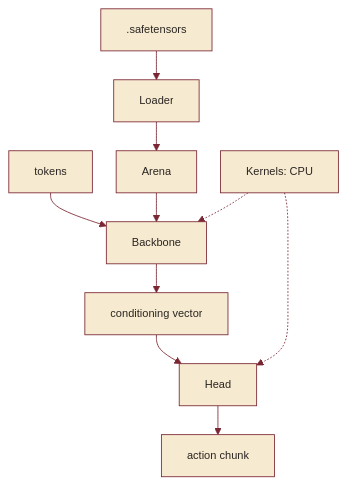
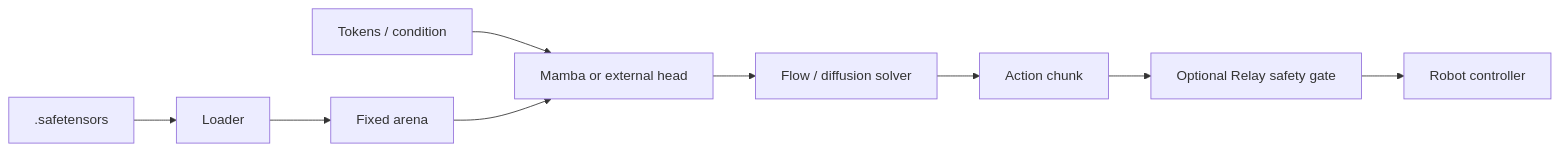
The diagram in docs/index.md (elprofesoriqo/FlowEdge), drawn with Mermaid before and after one commit. The commit also changed other lines of this file and 16 other files, not shown here.

````diff
--- a/docs/index.md
+++ b/docs/index.md
@@ -63,13 +30,11 @@
 ```{mermaid}
-%%{init: {'theme':'base','flowchart':{'htmlLabels':false,'nodeSpacing':28,'rankSpacing':34,'useMaxWidth':false},'themeVariables':{'primaryColor':'#f6ead0','primaryBorderColor':'#7b2733','lineColor':'#7b2733','primaryTextColor':'#2b2521','secondaryColor':'#eaddbf','tertiaryColor':'#faf3e2','fontFamily':'system-ui, -apple-system, Segoe UI, Roboto, sans-serif','fontSize':'13px'}}}%%
-graph TD
-  W[".safetensors"] --> L[Loader]
-  L --> A[Arena]
-  T[tokens] --> B[Backbone]
+flowchart LR
+  W[.safetensors] --> L[Loader]
+  L --> A[Fixed arena]
+  T[Tokens / condition] --> B[Mamba or external head]
   A --> B
-  B --> C[conditioning vector]
-  C --> H[Head]
-  H --> ACT[action chunk]
-  K["Kernels: CPU"] -.-> B
-  K -.-> H
+  B --> H[Flow / diffusion solver]
+  H --> O[Action chunk]
+  O --> G[Optional Relay safety gate]
+  G --> R[Robot controller]
 ```
````
